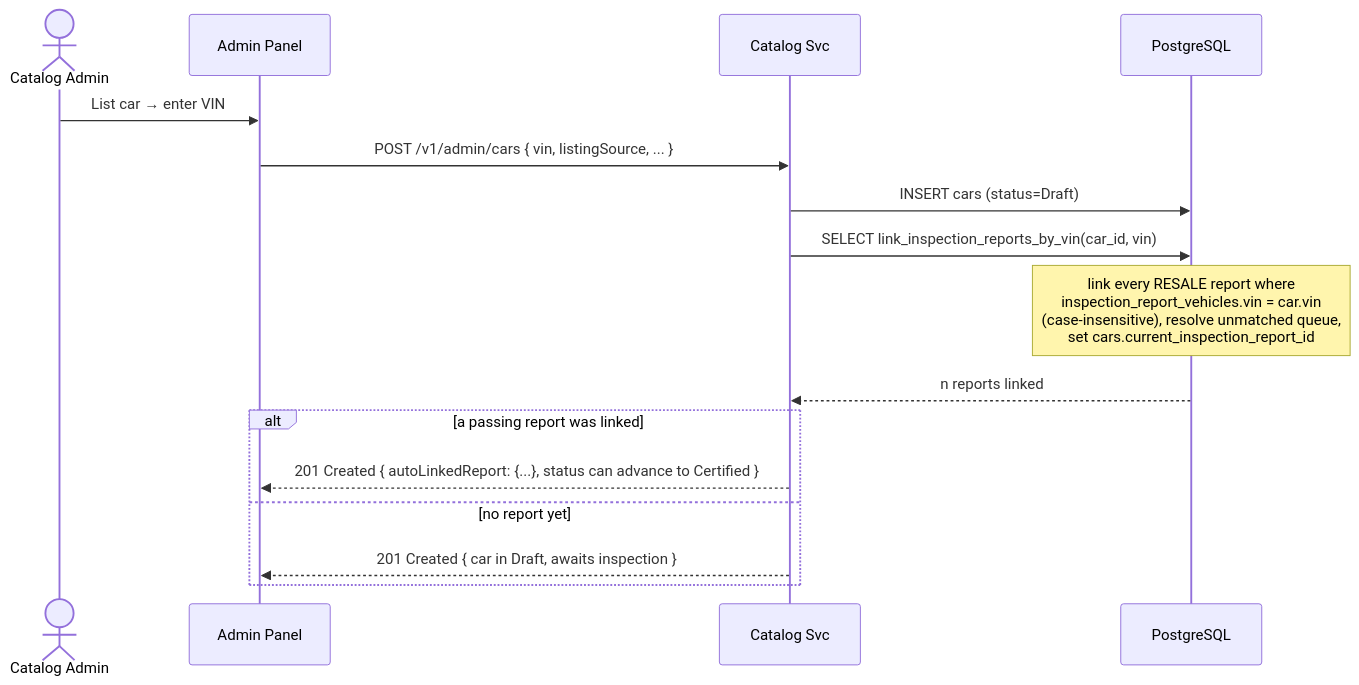
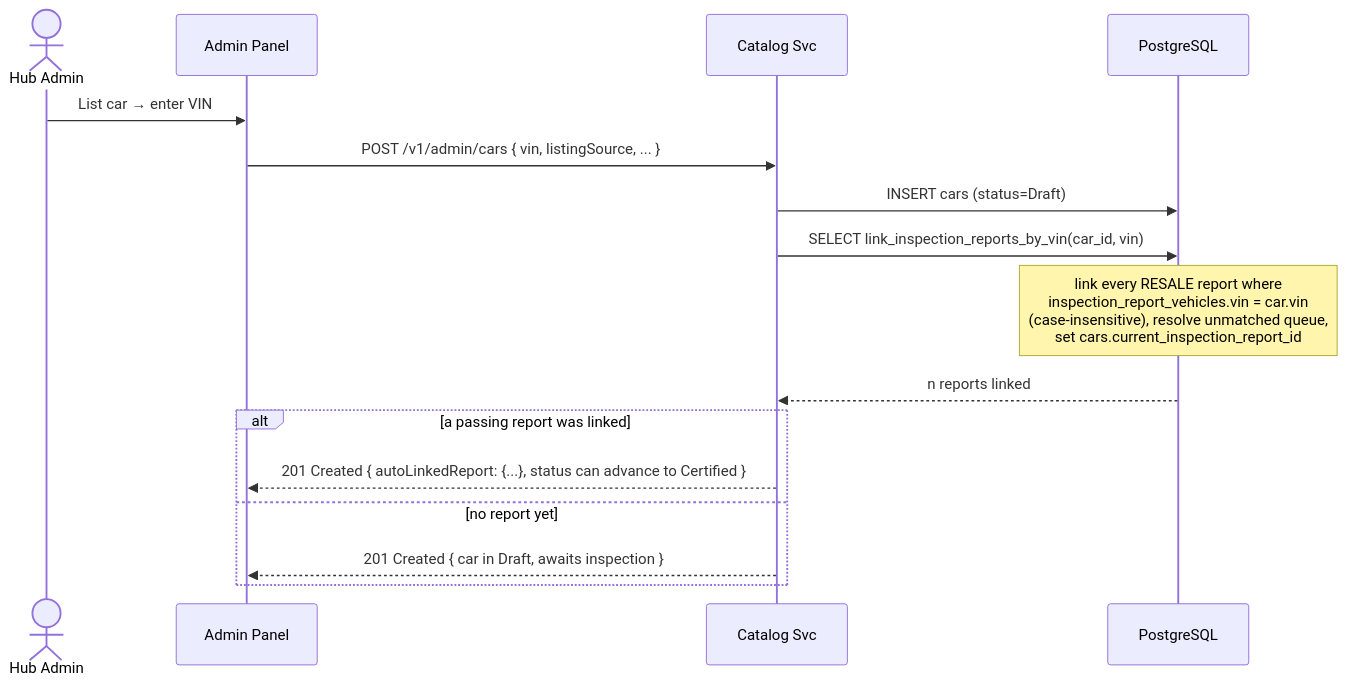
Diagram 11 of 27 in Docs/Solution-Design-Document.md (NiladriPadhy/AssureCars), drawn with Mermaid before and after one commit. The commit also changed other lines of this file and 6 other files, not shown here.

````diff
--- a/Docs/Solution-Design-Document.md
+++ b/Docs/Solution-Design-Document.md
@@ -1458,19 +1468,19 @@
 ```mermaid
 sequenceDiagram
-    actor A as Catalog Admin
+    actor A as Hub Admin
     participant ADM as Admin Panel
     participant CAT as Catalog Svc
     participant DB as PostgreSQL
 
     A->>ADM: List car → enter VIN
     ADM->>CAT: POST /v1/admin/cars { vin, listingSource, ... }
     CAT->>DB: INSERT cars (status=Draft)
     CAT->>DB: SELECT link_inspection_reports_by_vin(car_id, vin)
     Note over DB: link every RESALE report where<br/>inspection_report_vehicles.vin = car.vin<br/>(case-insensitive), resolve unmatched queue,<br/>set cars.current_inspection_report_id
     DB-->>CAT: n reports linked
     alt a passing report was linked
         CAT-->>ADM: 201 Created { autoLinkedReport: {...}, status can advance to Certified }
     else no report yet
         CAT-->>ADM: 201 Created { car in Draft, awaits inspection }
     end
 ```
````
